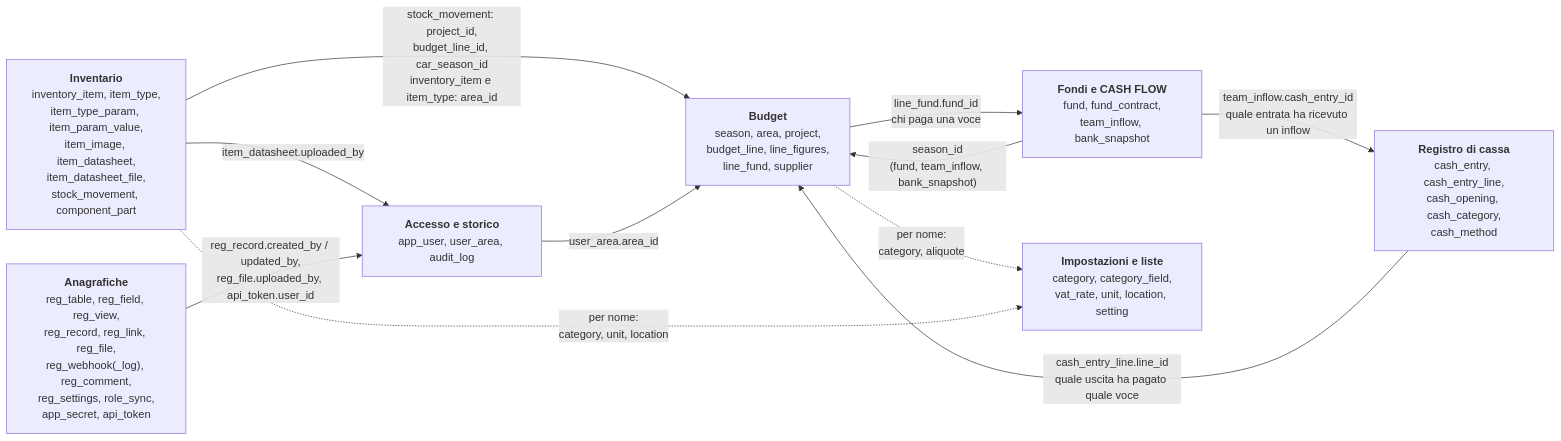
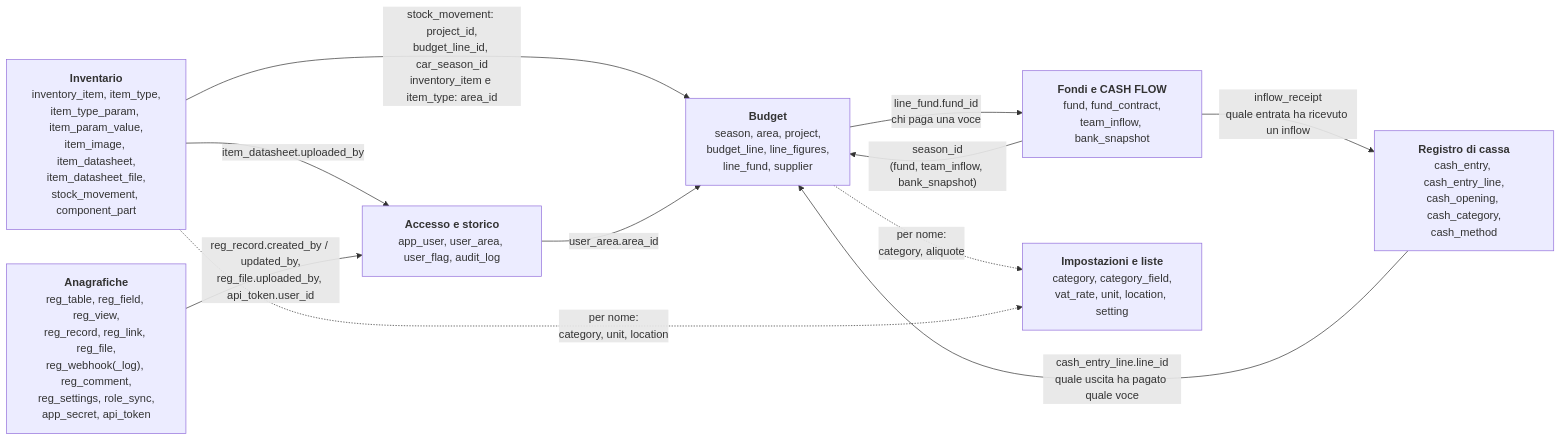
The first of 7 diagrams in docs/schema-database.md (KevinRomanello/Simple-configurable-ERP), drawn with Mermaid before and after one commit. The commit also changed other lines of this file and 106 other files, not shown here.

````diff
--- a/docs/schema-database.md
+++ b/docs/schema-database.md
@@ -20,21 +20,21 @@
 ```mermaid
 flowchart LR
   bud["<b>Budget</b><br/>season, area, project,<br/>budget_line, line_figures,<br/>line_fund, supplier"]
   fon["<b>Fondi e CASH FLOW</b><br/>fund, fund_contract,<br/>team_inflow, bank_snapshot"]
   reg["<b>Registro di cassa</b><br/>cash_entry, cash_entry_line,<br/>cash_opening, cash_category,<br/>cash_method"]
   inv["<b>Inventario</b><br/>inventory_item, item_type,<br/>item_type_param, item_param_value,<br/>item_image, item_datasheet,<br/>item_datasheet_file,<br/>stock_movement, component_part"]
-  acc["<b>Accesso e storico</b><br/>app_user, user_area, audit_log"]
+  acc["<b>Accesso e storico</b><br/>app_user, user_area, user_flag, audit_log"]
   set["<b>Impostazioni e liste</b><br/>category, category_field,<br/>vat_rate, unit, location, setting"]
   ana["<b>Anagrafiche</b><br/>reg_table, reg_field, reg_view,<br/>reg_record, reg_link, reg_file,<br/>reg_webhook(_log), reg_comment,<br/>reg_settings, role_sync,<br/>app_secret, api_token"]
 
   fon -->|"season_id<br/>(fund, team_inflow, bank_snapshot)"| bud
   bud -->|"line_fund.fund_id<br/>chi paga una voce"| fon
   reg -->|"cash_entry_line.line_id<br/>quale uscita ha pagato quale voce"| bud
-  fon -->|"team_inflow.cash_entry_id<br/>quale entrata ha ricevuto un inflow"| reg
+  fon -->|"inflow_receipt<br/>quale entrata ha ricevuto un inflow"| reg
   inv -->|"stock_movement: project_id,<br/>budget_line_id, car_season_id<br/>inventory_item e item_type: area_id"| bud
   acc -->|"user_area.area_id"| bud
   inv -->|"item_datasheet.uploaded_by"| acc
   bud -.->|"per nome:<br/>category, aliquote"| set
   inv -.->|"per nome:<br/>category, unit, location"| set
   ana -->|"reg_record.created_by / updated_by,<br/>reg_file.uploaded_by, api_token.user_id"| acc
 ```
````
